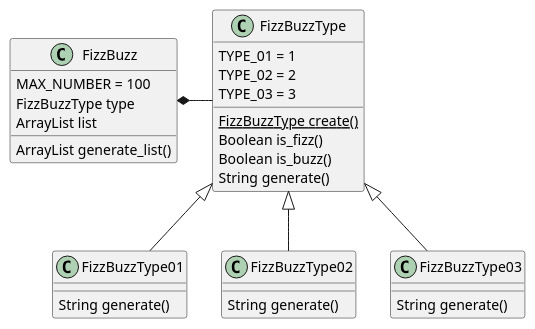
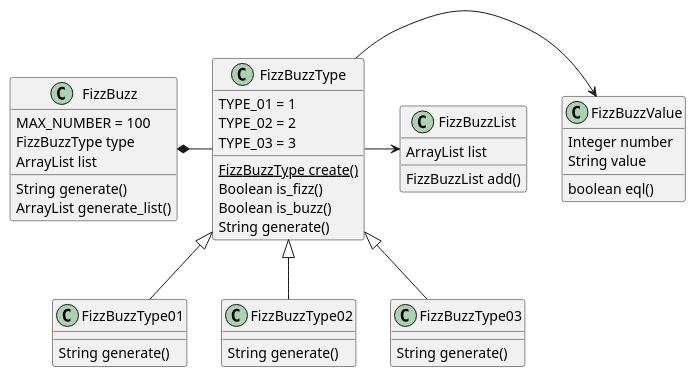
One commit to hiroshima-arc/tdd_rb changed the diagram in docs/src/spec/fizz_buzz.adoc. Above: the diagram before and after it, drawn with PlantUML. The commit also changed 9 other files, not shown here.

Commit message:
docs: クラス図更新

```diff
--- a/docs/src/spec/fizz_buzz.adoc
+++ b/docs/src/spec/fizz_buzz.adoc
@@ -57,36 +57,50 @@
 [plantuml]
 ----
 class FizzBuzz {
     MAX_NUMBER = 100
     FizzBuzzType type
     ArrayList list
+    String generate()
     ArrayList generate_list()
 }
 
 class FizzBuzzType {
   TYPE_01 = 1
   TYPE_02 = 2
   TYPE_03 = 3
   FizzBuzzType {static} create()
   Boolean is_fizz()
   Boolean is_buzz()
   String generate()
 }
 
 class FizzBuzzType01 {
-    String generate()
+  String generate()
 }
 
 class FizzBuzzType02 {
-    String generate()
+  String generate()
 }
 
 class FizzBuzzType03 {
-    String generate()
+  String generate()
+}
+
+class FizzBuzzValue {
+  Integer number
+  String value
+  boolean eql()
+}
+
+class FizzBuzzList {
+  ArrayList list
+  FizzBuzzList add()
 }
 
 FizzBuzz *- FizzBuzzType
 FizzBuzzType <|-- FizzBuzzType01
 FizzBuzzType <|-- FizzBuzzType02
 FizzBuzzType <|-- FizzBuzzType03
+FizzBuzzType -> FizzBuzzValue
+FizzBuzzType -> FizzBuzzList
 ----
```
